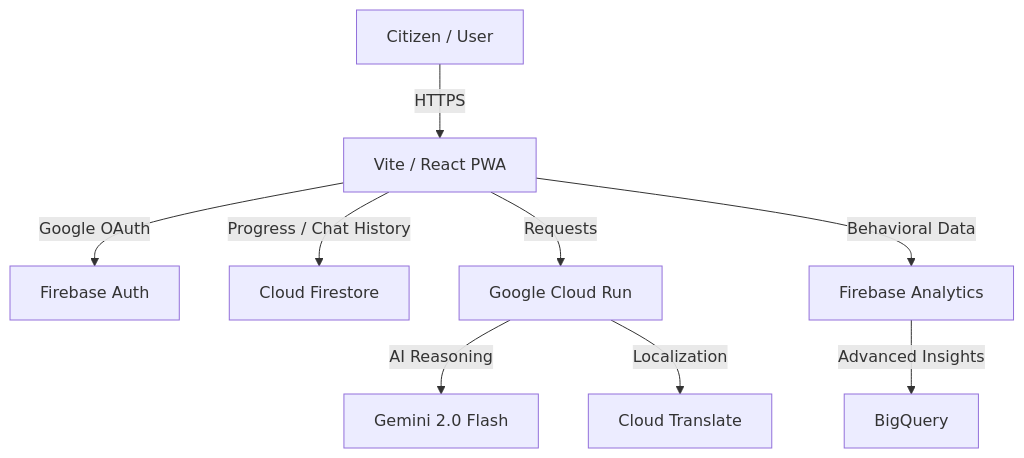
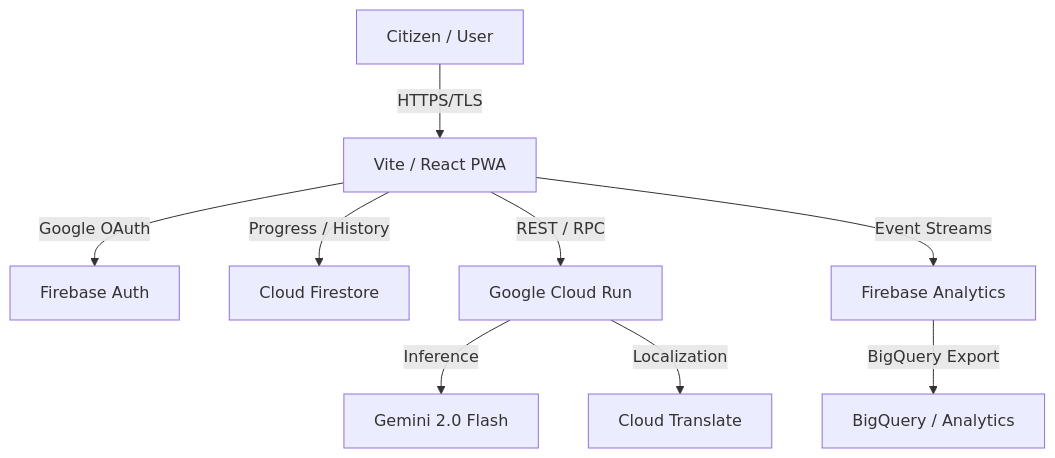
One commit to Priyansh-Bharti/CivicIQ changed the diagram in README.md. Above: the diagram before and after it, drawn with Mermaid. The commit also changed other lines of this file, not shown here.

````diff
--- a/README.md
+++ b/README.md
@@ -53,11 +56,11 @@
 ```mermaid
 graph TD
-    A[Citizen / User] -- HTTPS --> B[Vite / React PWA]
+    A[Citizen / User] -- HTTPS/TLS --> B[Vite / React PWA]
     B -- Google OAuth --> C[Firebase Auth]
-    B -- Progress / Chat History --> D[Cloud Firestore]
-    B -- Requests --> E[Google Cloud Run]
-    E -- AI Reasoning --> F[Gemini 2.0 Flash]
+    B -- Progress / History --> D[Cloud Firestore]
+    B -- REST / RPC --> E[Google Cloud Run]
+    E -- Inference --> F[Gemini 2.0 Flash]
     E -- Localization --> G[Cloud Translate]
-    B -- Behavioral Data --> H[Firebase Analytics]
-    H -- Advanced Insights --> I[BigQuery]
+    B -- Event Streams --> H[Firebase Analytics]
+    H -- BigQuery Export --> I[BigQuery / Analytics]
 ```
````
